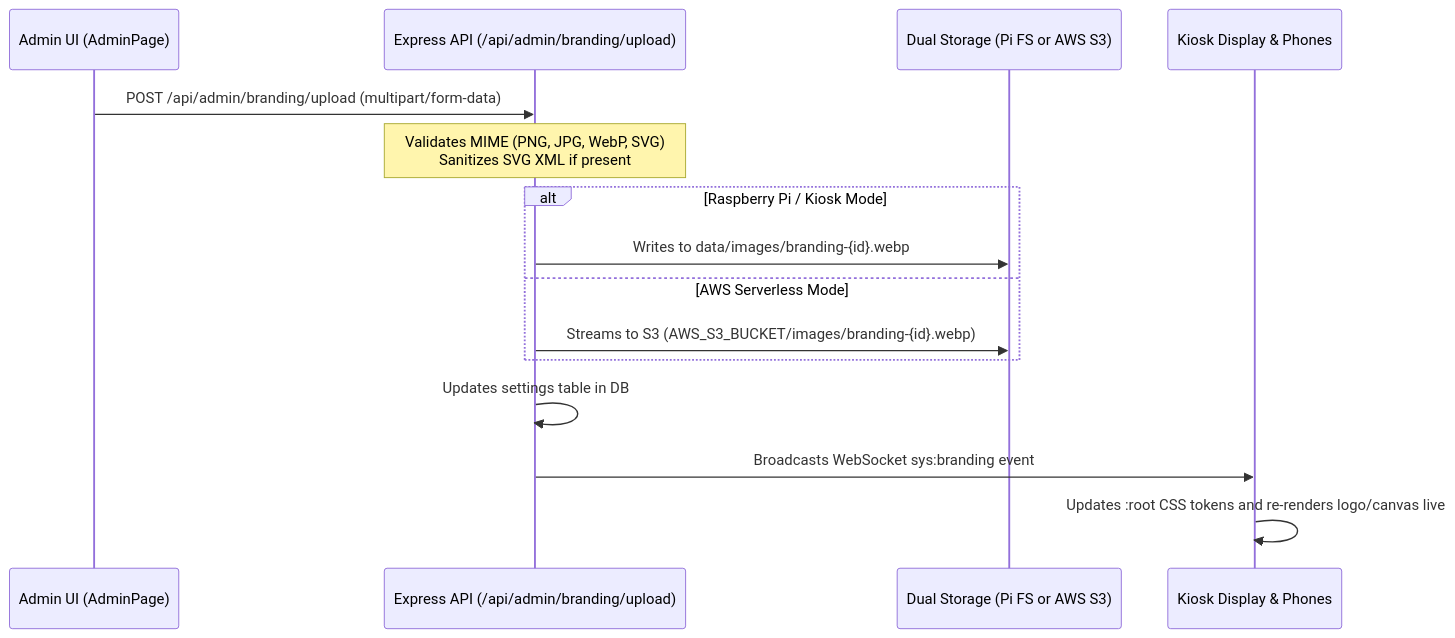
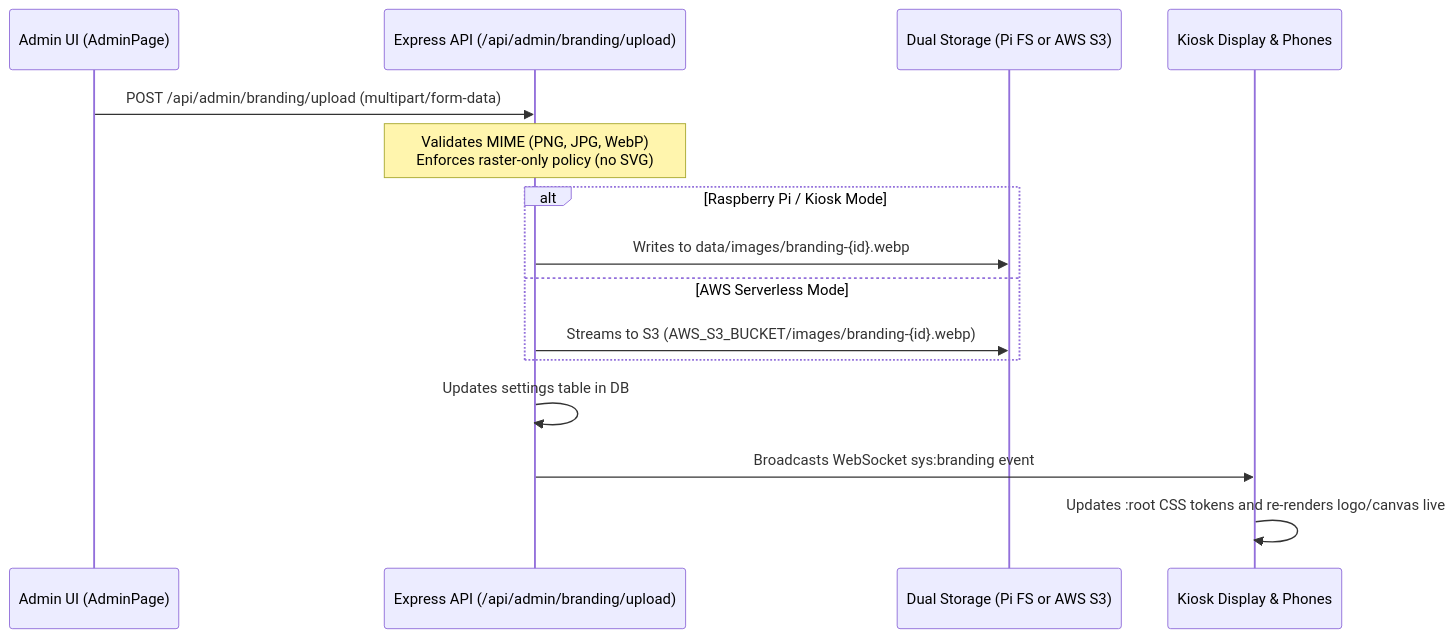
The second of 2 diagrams in docs/src/content/docs/design/0003-skinning-and-mobile-companion-ux.md (wishboards/wishboard), drawn with Mermaid before and after one commit. The commit also changed other lines of this file and 29 other files, not shown here.

````diff
--- a/docs/src/content/docs/design/0003-skinning-and-mobile-companion-ux.md
+++ b/docs/src/content/docs/design/0003-skinning-and-mobile-companion-ux.md
@@ -171,18 +171,18 @@
 ```mermaid
 sequenceDiagram
     participant Host as Admin UI (AdminPage)
     participant Server as Express API (/api/admin/branding/upload)
     participant Storage as Dual Storage (Pi FS or AWS S3)
     participant Kiosk as Kiosk Display & Phones
 
     Host->>Server: POST /api/admin/branding/upload (multipart/form-data)
-    Note over Server: Validates MIME (PNG, JPG, WebP, SVG)<br/>Sanitizes SVG XML if present
+    Note over Server: Validates MIME (PNG, JPG, WebP)<br/>Enforces raster-only policy (no SVG)
     alt Raspberry Pi / Kiosk Mode
         Server->>Storage: Writes to data/images/branding-{id}.webp
     else AWS Serverless Mode
         Server->>Storage: Streams to S3 (AWS_S3_BUCKET/images/branding-{id}.webp)
     end
     Server->>Server: Updates settings table in DB
     Server->>Kiosk: Broadcasts WebSocket sys:branding event
     Kiosk->>Kiosk: Updates :root CSS tokens and re-renders logo/canvas live
 ```
````
